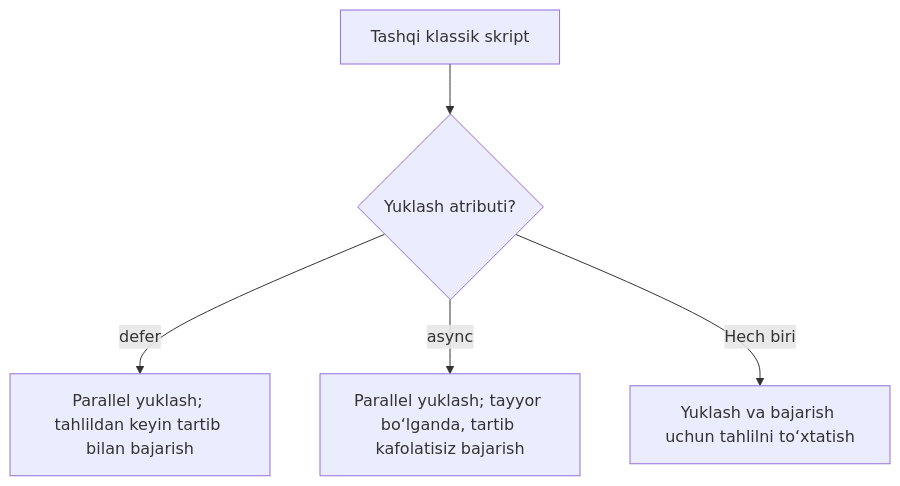
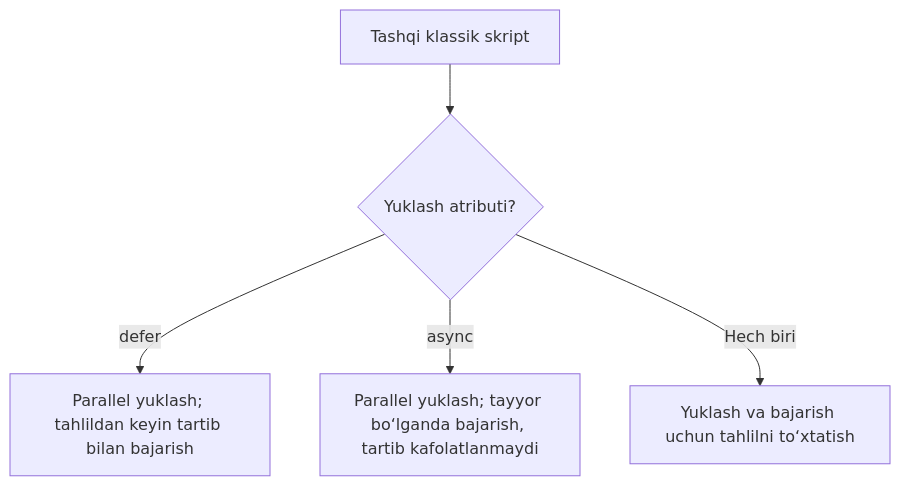
Before and after one commit to JLearn-space/JLearn-docs: the second of 2 diagrams in HTML/Lesson-9/uz/Meta-teglar, SEO, CSS va JS bilan bog'lanish.md, drawn with Mermaid. The commit also changed other lines of this file and 148 other files, not shown here.

````diff
--- a/HTML/Lesson-9/uz/Meta-teglar, SEO, CSS va JS bilan bog'lanish.md
+++ b/HTML/Lesson-9/uz/Meta-teglar, SEO, CSS va JS bilan bog'lanish.md
@@ -214,7 +182,7 @@
 ```mermaid
 flowchart TD
  A["Tashqi klassik skript"] --> B{"Yuklash atributi?"}
  B -->|defer| C["Parallel yuklash; tahlildan keyin tartib bilan bajarish"]
- B -->|async| D["Parallel yuklash; tayyor bo‘lganda, tartib kafolatisiz bajarish"]
+ B -->|async| D["Parallel yuklash; tayyor bo‘lganda bajarish, tartib kafolatlanmaydi"]
  B -->|Hech biri| E["Yuklash va bajarish uchun tahlilni to‘xtatish"]
 ```
````
